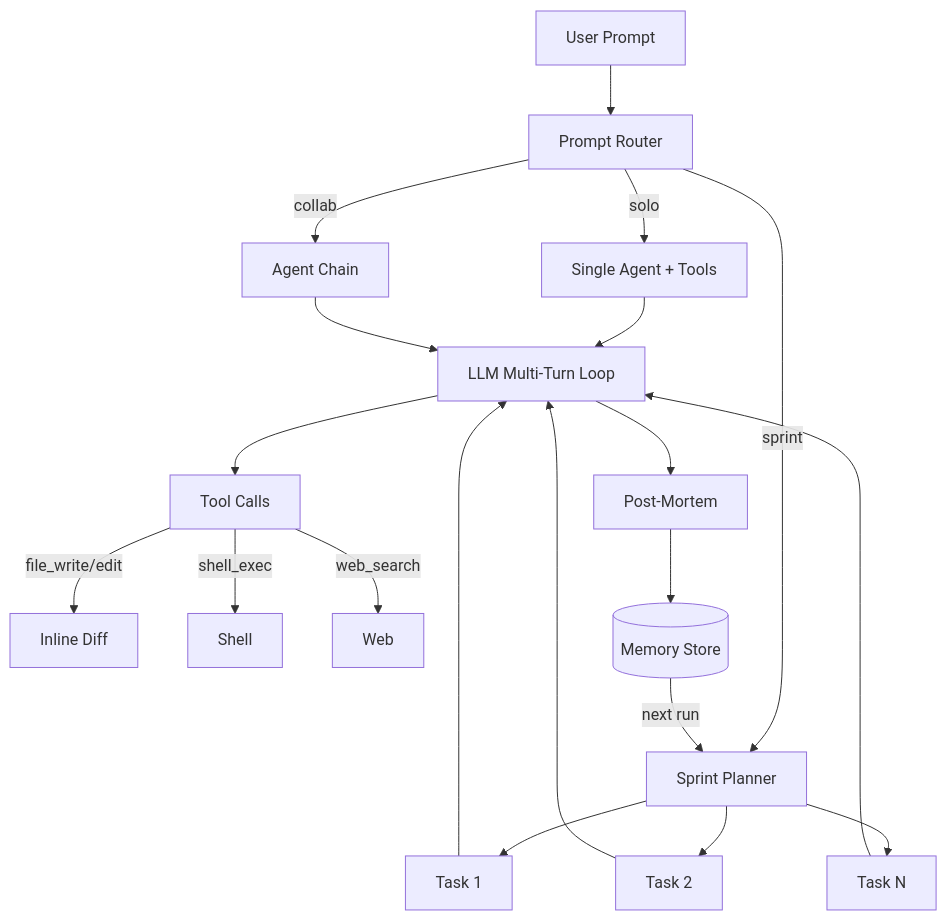
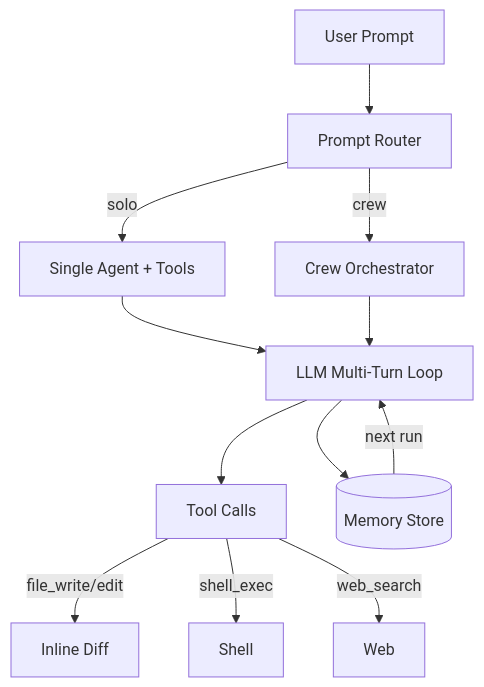
One commit to nxank4/teamclaw changed the diagram in README.md. Above: the diagram before and after it, drawn with Mermaid. The commit also changed other lines of this file and 149 other files, not shown here.

````diff
--- a/README.md
+++ b/README.md
@@ -255,28 +277,18 @@
 ```mermaid
 graph TD
     U[User Prompt] --> R[Prompt Router]
 
     R -->|solo| A1[Single Agent + Tools]
-    R -->|collab| CC[Agent Chain]
-    R -->|sprint| SP[Sprint Planner]
+    R -->|crew| CR[Crew Orchestrator]
 
     A1 --> LLM[LLM Multi-Turn Loop]
-    CC --> LLM
-
-    SP --> T1[Task 1]
-    SP --> T2[Task 2]
-    SP --> T3[Task N]
-
-    T1 --> LLM
-    T2 --> LLM
-    T3 --> LLM
+    CR --> LLM
 
     LLM --> TC[Tool Calls]
     TC -->|file_write/edit| DIFF[Inline Diff]
     TC -->|shell_exec| SH[Shell]
     TC -->|web_search| WS[Web]
 
-    LLM --> PM[Post-Mortem]
-    PM --> MS[(Memory Store)]
-    MS -->|next run| SP
+    LLM --> MS[(Memory Store)]
+    MS -->|next run| LLM
 ```
````
